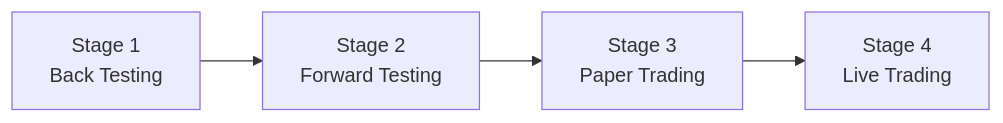
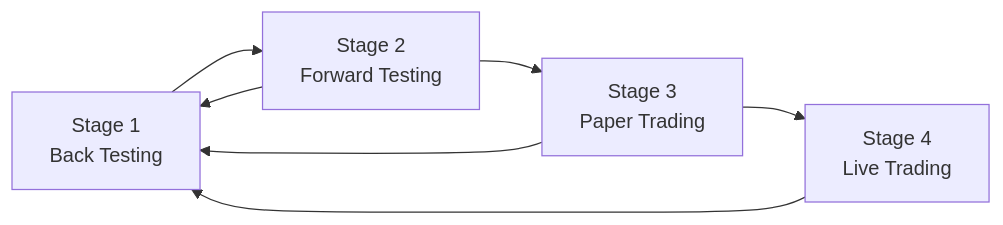
The diagram in docs/introduction/development.md (neurallayer/roboquant.py), drawn with Mermaid before and after one commit. The commit also changed other lines of this file and 9 other files, not shown here.

Commit message:
better diagram

````diff
--- a/docs/introduction/development.md
+++ b/docs/introduction/development.md
@@ -25,10 +25,13 @@
 ```mermaid
 flowchart LR
  
     A["Stage 1 <br> Back Testing"]
     B["Stage 2 <br> Forward Testing"]
     C["Stage 3 <br> Paper Trading"]
     D["Stage 4 <br> Live Trading"]
     
     A --> B --> C --> D
+    B --> A
+    C --> A
+    D --> A
 ```
````
